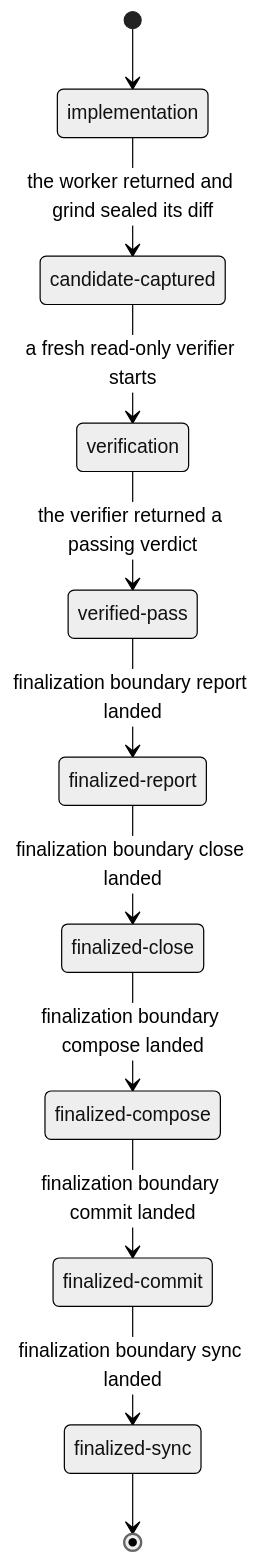
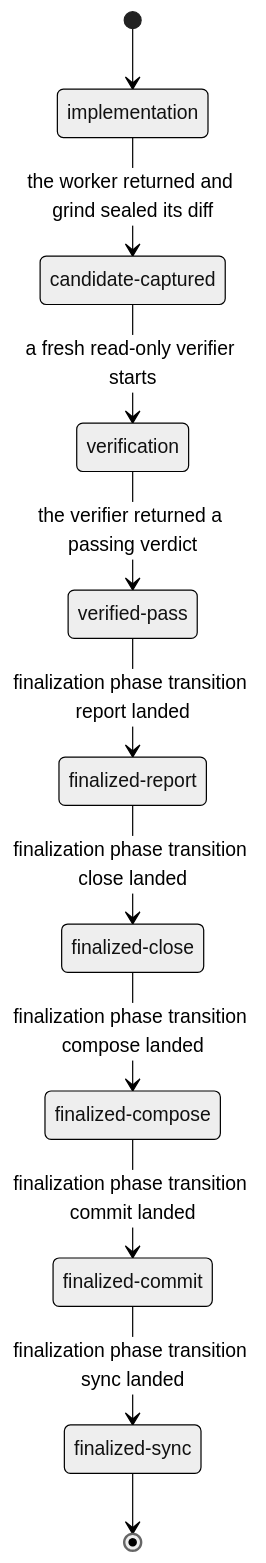
The second of 2 diagrams in README.md (who/copier-project-archetype), drawn with Mermaid (neutral theme) before and after one commit. The commit also changed other lines of this file and 32 other files, not shown here.

````diff
--- a/README.md
+++ b/README.md
@@ -310,21 +311,21 @@
 ```mermaid
 stateDiagram-v2
     direction TB
     state "candidate-captured" as candidate_captured
     state "verified-pass" as verified_pass
     state "finalized-report" as finalized_report
     state "finalized-close" as finalized_close
     state "finalized-compose" as finalized_compose
     state "finalized-commit" as finalized_commit
     state "finalized-sync" as finalized_sync
     [*] --> implementation
     implementation --> candidate_captured: the worker returned and grind sealed its diff
     candidate_captured --> verification: a fresh read-only verifier starts
     verification --> verified_pass: the verifier returned a passing verdict
-    verified_pass --> finalized_report: finalization boundary report landed
-    finalized_report --> finalized_close: finalization boundary close landed
-    finalized_close --> finalized_compose: finalization boundary compose landed
-    finalized_compose --> finalized_commit: finalization boundary commit landed
-    finalized_commit --> finalized_sync: finalization boundary sync landed
+    verified_pass --> finalized_report: finalization phase transition report landed
+    finalized_report --> finalized_close: finalization phase transition close landed
+    finalized_close --> finalized_compose: finalization phase transition compose landed
+    finalized_compose --> finalized_commit: finalization phase transition commit landed
+    finalized_commit --> finalized_sync: finalization phase transition sync landed
     finalized_sync --> [*]
 ```
````
